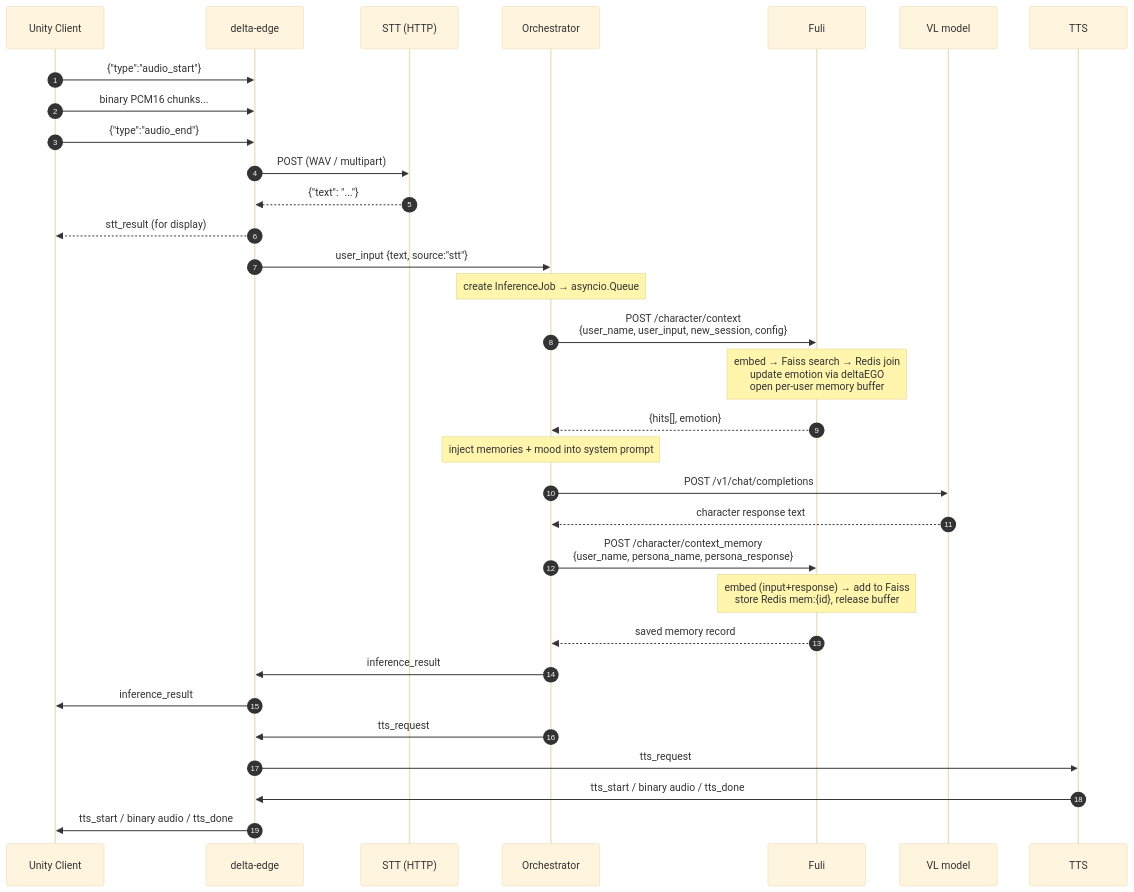
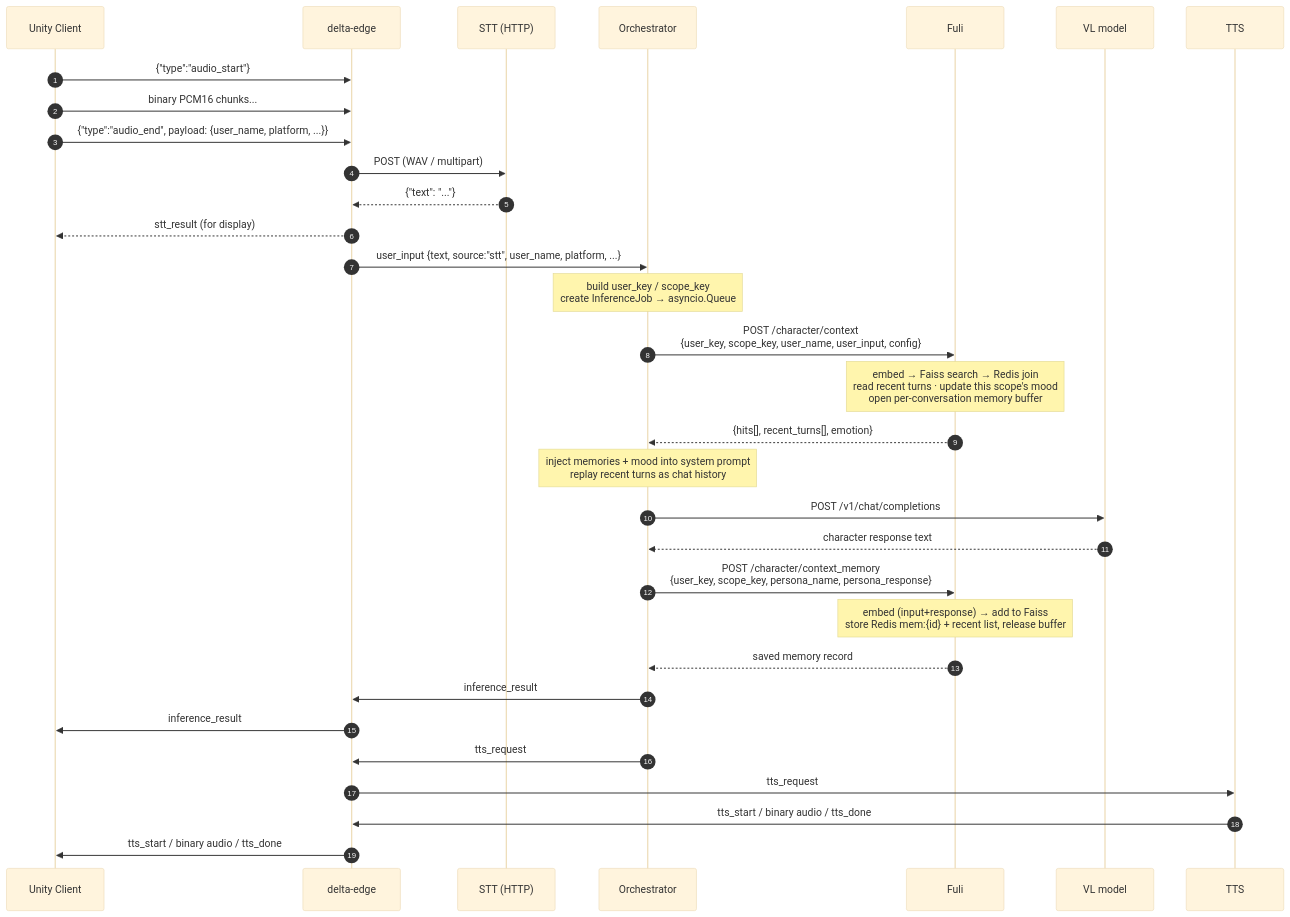
The second of 9 diagrams in README.md (deltaAnima/Project_deltaAnima), drawn with Mermaid (base theme) before and after one commit. The commit also changed other lines of this file, not shown here.

````diff
--- a/README.md
+++ b/README.md
@@ -171,36 +174,36 @@
 ```mermaid
 sequenceDiagram
     autonumber
     participant U as Unity Client
     participant E as delta-edge
     participant S as STT (HTTP)
     participant O as Orchestrator
     participant F as Fuli
     participant V as VL model
     participant T as TTS
 
     U->>E: {"type":"audio_start"}
     U->>E: binary PCM16 chunks...
-    U->>E: {"type":"audio_end"}
+    U->>E: {"type":"audio_end", payload: {user_name, platform, ...}}
     E->>S: POST (WAV / multipart)
     S-->>E: {"text": "..."}
     E-->>U: stt_result (for display)
-    E->>O: user_input {text, source:"stt"}
+    E->>O: user_input {text, source:"stt", user_name, platform, ...}
 
-    Note over O: create InferenceJob → asyncio.Queue
-    O->>F: POST /character/context<br/>{user_name, user_input, new_session, config}
-    Note over F: embed → Faiss search → Redis join<br/>update emotion via deltaEGO<br/>open per-user memory buffer
-    F-->>O: {hits[], emotion}
-    Note over O: inject memories + mood into system prompt
+    Note over O: build user_key / scope_key<br/>create InferenceJob → asyncio.Queue
+    O->>F: POST /character/context<br/>{user_key, scope_key, user_name, user_input, config}
+    Note over F: embed → Faiss search → Redis join<br/>read recent turns · update this scope's mood<br/>open per-conversation memory buffer
+    F-->>O: {hits[], recent_turns[], emotion}
+    Note over O: inject memories + mood into system prompt<br/>replay recent turns as chat history
     O->>V: POST /v1/chat/completions
     V-->>O: character response text
-    O->>F: POST /character/context_memory<br/>{user_name, persona_name, persona_response}
-    Note over F: embed (input+response) → add to Faiss<br/>store Redis mem:{id}, release buffer
+    O->>F: POST /character/context_memory<br/>{user_key, scope_key, persona_name, persona_response}
+    Note over F: embed (input+response) → add to Faiss<br/>store Redis mem:{id} + recent list, release buffer
     F-->>O: saved memory record
     O->>E: inference_result
     E->>U: inference_result
     O->>E: tts_request
     E->>T: tts_request
     T->>E: tts_start / binary audio / tts_done
     E->>U: tts_start / binary audio / tts_done
 ```
````
